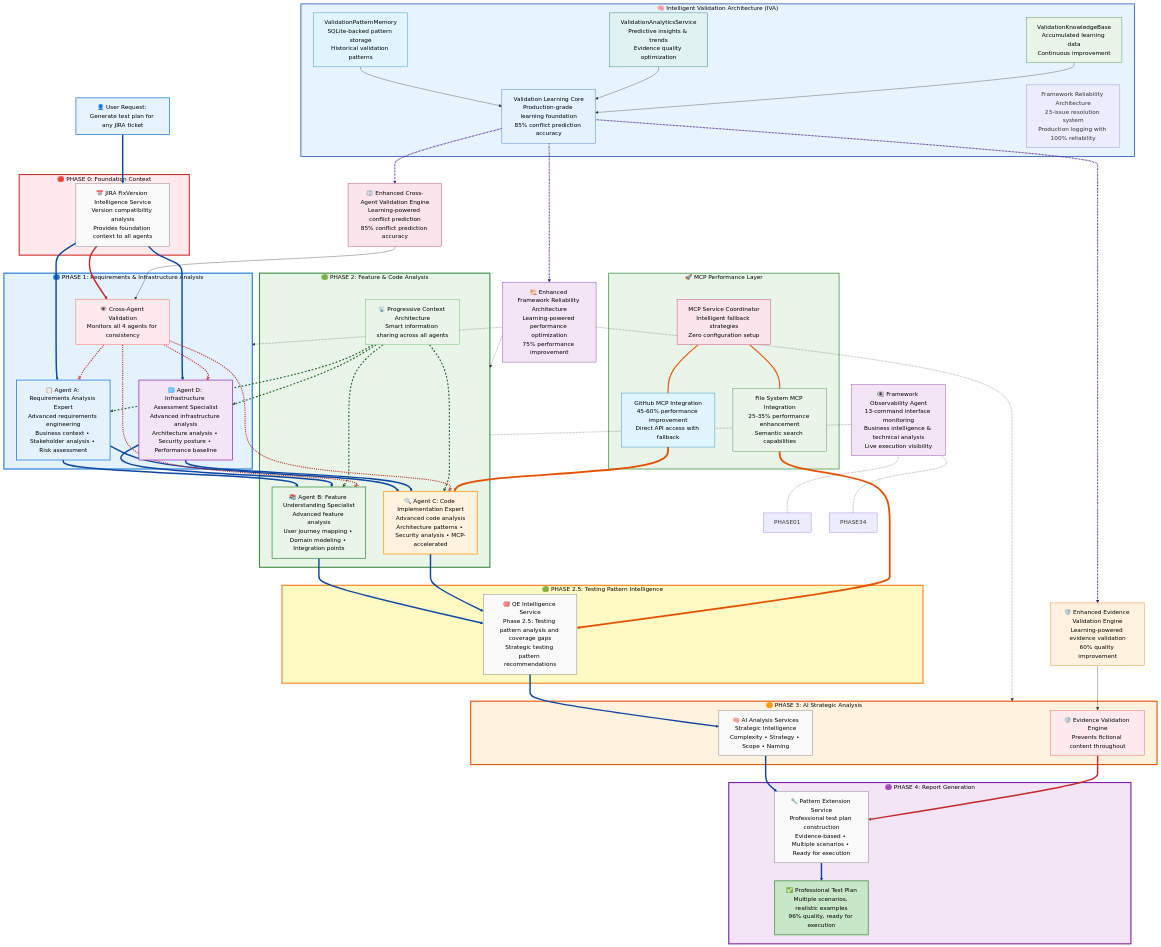
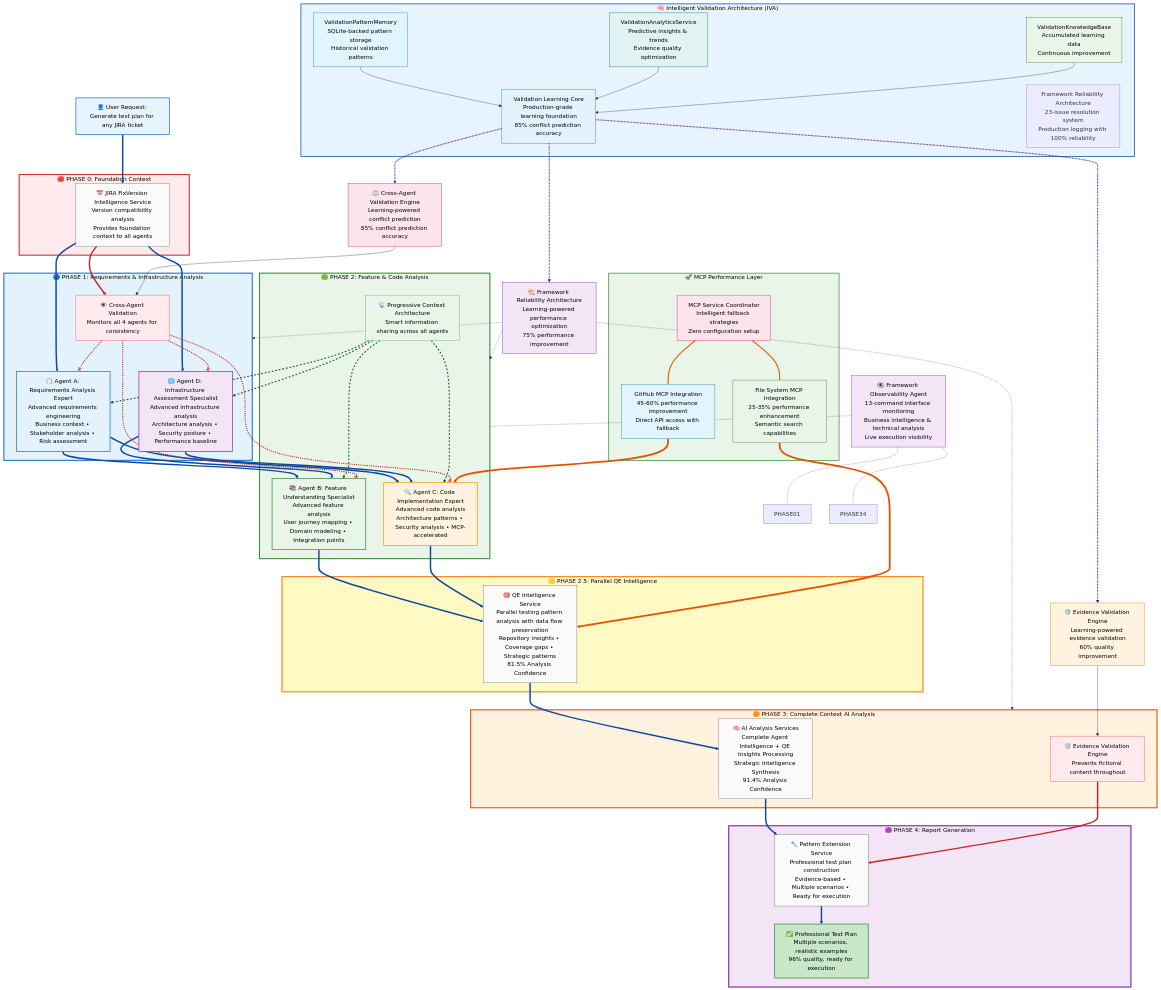
The second of 12 diagrams in apps/claude-test-generator/docs/agents_concepts_workflow.md (stolostron/ai-test-gen), drawn with Mermaid before and after one commit. The commit also changed other lines of this file and 630 other files, not shown here.

```diff
--- a/apps/claude-test-generator/docs/agents_concepts_workflow.md
+++ b/apps/claude-test-generator/docs/agents_concepts_workflow.md
@@ -242,14 +163,14 @@
         CONTEXT_ARCHITECTURE[📡 Progressive Context Architecture<br/>Smart information sharing across all agents]
     end
     
-    %% === PHASE 2.5: TESTING INTELLIGENCE ===
-    subgraph PHASE25["🟢 PHASE 2.5: Testing Pattern Intelligence"]
-        QE_SERVICE[🎯 QE Intelligence Service<br/>Phase 2.5: Testing pattern analysis and coverage gaps<br/>Strategic testing pattern recommendations]
+    %% === PHASE 2.5: PARALLEL QE INTELLIGENCE ===
+    subgraph PHASE25["🟡 PHASE 2.5: Parallel QE Intelligence"]
+        QE_SERVICE[🎯 QE Intelligence Service<br/>Parallel testing pattern analysis with data flow preservation<br/>Repository insights • Coverage gaps • Strategic patterns<br/>81.5% Analysis Confidence]
     end
     
-    %% === PHASE 3: AI STRATEGIC ANALYSIS ===
-    subgraph PHASE3["🟠 PHASE 3: AI Strategic Analysis"]
-        AI_SERVICES[🧠 AI Analysis Services<br/>Strategic Intelligence<br/>Complexity • Strategy • Scope • Naming]
+    %% === PHASE 3: COMPLETE CONTEXT AI ANALYSIS ===
+    subgraph PHASE3["🟠 PHASE 3: Complete Context AI Analysis"]
+        AI_SERVICES[🧠 AI Analysis Services<br/>Complete Agent Intelligence + QE Insights Processing<br/>Strategic Intelligence Synthesis<br/>91.4% Analysis Confidence]
         
     VALIDATION_SERVICE[🛡️ Evidence Validation Engine<br/>Prevents fictional content throughout]
     end
@@ -280,10 +201,10 @@
     %% === OBSERVABILITY ===
     OBSERVABILITY[👁️‍🗨️ Framework Observability Agent<br/>13-command interface monitoring<br/>Business intelligence & technical analysis<br/>Live execution visibility]
     
-    %% === ENHANCED VALIDATION ENGINES ===
-    ENHANCED_EVIDENCE[🛡️ Enhanced Evidence Validation Engine<br/>Learning-powered evidence validation<br/>60% quality improvement]
-    ENHANCED_CROSS_AGENT[⚖️ Enhanced Cross-Agent Validation Engine<br/>Learning-powered conflict prediction<br/>85% conflict prediction accuracy]
-    ENHANCED_RELIABILITY[🏗️ Enhanced Framework Reliability Architecture<br/>Learning-powered performance optimization<br/>75% performance improvement]
+    %% === VALIDATION ENGINES ===
+    EVIDENCE_ENGINE[🛡️ Evidence Validation Engine<br/>Learning-powered evidence validation<br/>60% quality improvement]
+    CROSS_AGENT_ENGINE[⚖️ Cross-Agent Validation Engine<br/>Learning-powered conflict prediction<br/>85% conflict prediction accuracy]
+    RELIABILITY_ARCH[🏗️ Framework Reliability Architecture<br/>Learning-powered performance optimization<br/>75% performance improvement]
     
     %% === MAIN WORKFLOW (Thick dark arrows) ===
     START --> VERSION_SERVICE
@@ -320,19 +241,19 @@
     MCP_COORDINATOR --- MCP_FILESYSTEM
     
     %% === LEARNING INTEGRATION (Bold cyan) ===
-    LEARNING_CORE ==> ENHANCED_EVIDENCE
-    LEARNING_CORE ==> ENHANCED_CROSS_AGENT
-    LEARNING_CORE ==> ENHANCED_RELIABILITY
+    LEARNING_CORE ==> EVIDENCE_ENGINE
+    LEARNING_CORE ==> CROSS_AGENT_ENGINE
+    LEARNING_CORE ==> RELIABILITY_ARCH
     PATTERN_MEMORY --> LEARNING_CORE
     ANALYTICS_SERVICE --> LEARNING_CORE
     KNOWLEDGE_BASE --> LEARNING_CORE
     
-    %% === ENHANCED VALIDATION INTEGRATION ===
-    ENHANCED_EVIDENCE --> VALIDATION_SERVICE
-    ENHANCED_CROSS_AGENT --> CROSS_VALIDATION
-    ENHANCED_RELIABILITY -.-> PHASE1
-    ENHANCED_RELIABILITY -.-> PHASE2
-    ENHANCED_RELIABILITY -.-> PHASE3
+    %% === VALIDATION INTEGRATION ===
+    EVIDENCE_ENGINE --> VALIDATION_SERVICE
+    CROSS_AGENT_ENGINE --> CROSS_VALIDATION
+    RELIABILITY_ARCH -.-> PHASE1
+    RELIABILITY_ARCH -.-> PHASE2
+    RELIABILITY_ARCH -.-> PHASE3
     
     %% === OBSERVABILITY MONITORING (Bold purple dotted) ===
     OBSERVABILITY -.- PHASE01
@@ -416,9 +337,9 @@
     style PATTERN_MEMORY fill:#e1f5fe,stroke:#0277bd,stroke-width:1px,color:#000
     style ANALYTICS_SERVICE fill:#e0f2f1,stroke:#00695c,stroke-width:1px,color:#000
     style KNOWLEDGE_BASE fill:#e8f5e8,stroke:#2e7d32,stroke-width:1px,color:#000
-    style ENHANCED_EVIDENCE fill:#fff3e0,stroke:#ef6c00,stroke-width:1px,color:#000
-    style ENHANCED_CROSS_AGENT fill:#fce4ec,stroke:#ad1457,stroke-width:1px,color:#000
-    style ENHANCED_RELIABILITY fill:#f3e5f5,stroke:#6a1b9a,stroke-width:1px,color:#000
+    style EVIDENCE_ENGINE fill:#fff3e0,stroke:#ef6c00,stroke-width:1px,color:#000
+    style CROSS_AGENT_ENGINE fill:#fce4ec,stroke:#ad1457,stroke-width:1px,color:#000
+    style RELIABILITY_ARCH fill:#f3e5f5,stroke:#6a1b9a,stroke-width:1px,color:#000
     
     %% Start/End
     style START fill:#e8f4fd,stroke:#1976d2,stroke-width:2px,color:#000
```
